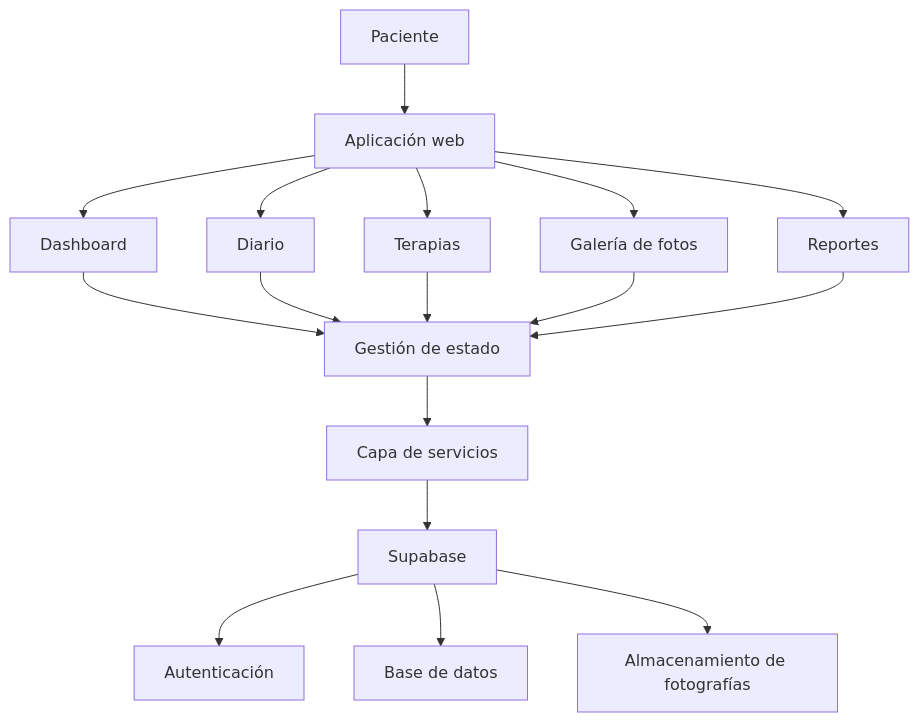
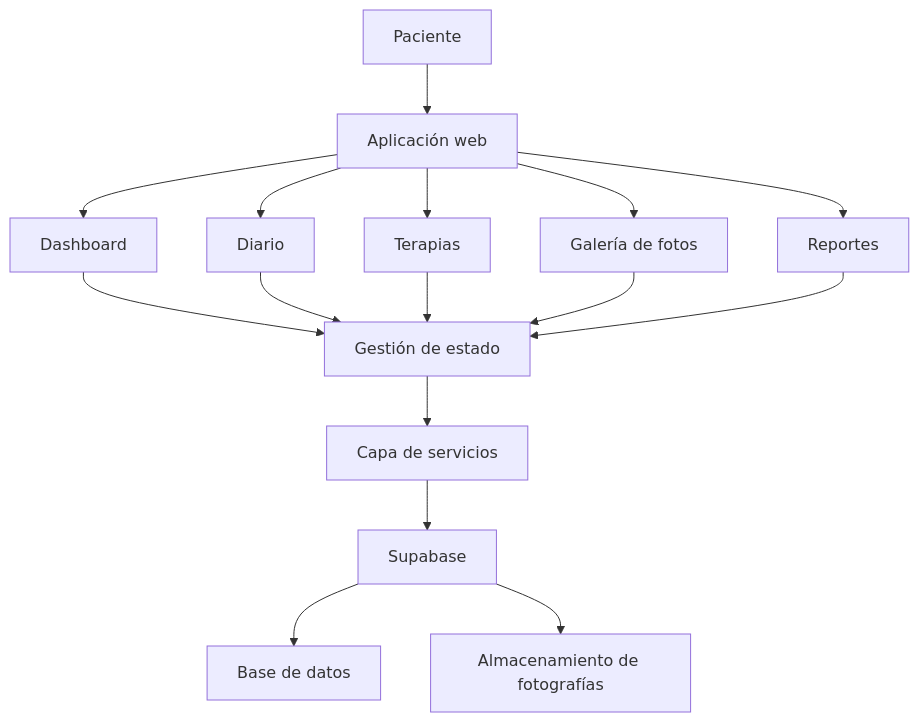
Before and after one commit to TechJenMx/section-spark-layout: the diagram in README.md, drawn with Mermaid. The commit also changed other lines of this file, not shown here.

````diff
--- a/README.md
+++ b/README.md
@@ -244,21 +244,20 @@
 ```mermaid
 flowchart TD
     A[Paciente] --> B[Aplicación web]
     B --> C[Dashboard]
     B --> D[Diario]
     B --> E[Terapias]
     B --> F[Galería de fotos]
     B --> G[Reportes]
 
     C --> H[Gestión de estado]
     D --> H
     E --> H
     F --> H
     G --> H
 
     H --> I[Capa de servicios]
     I --> J[Supabase]
-    J --> K[Autenticación]
     J --> L[Base de datos]
     J --> M[Almacenamiento de fotografías]
 ```
````
